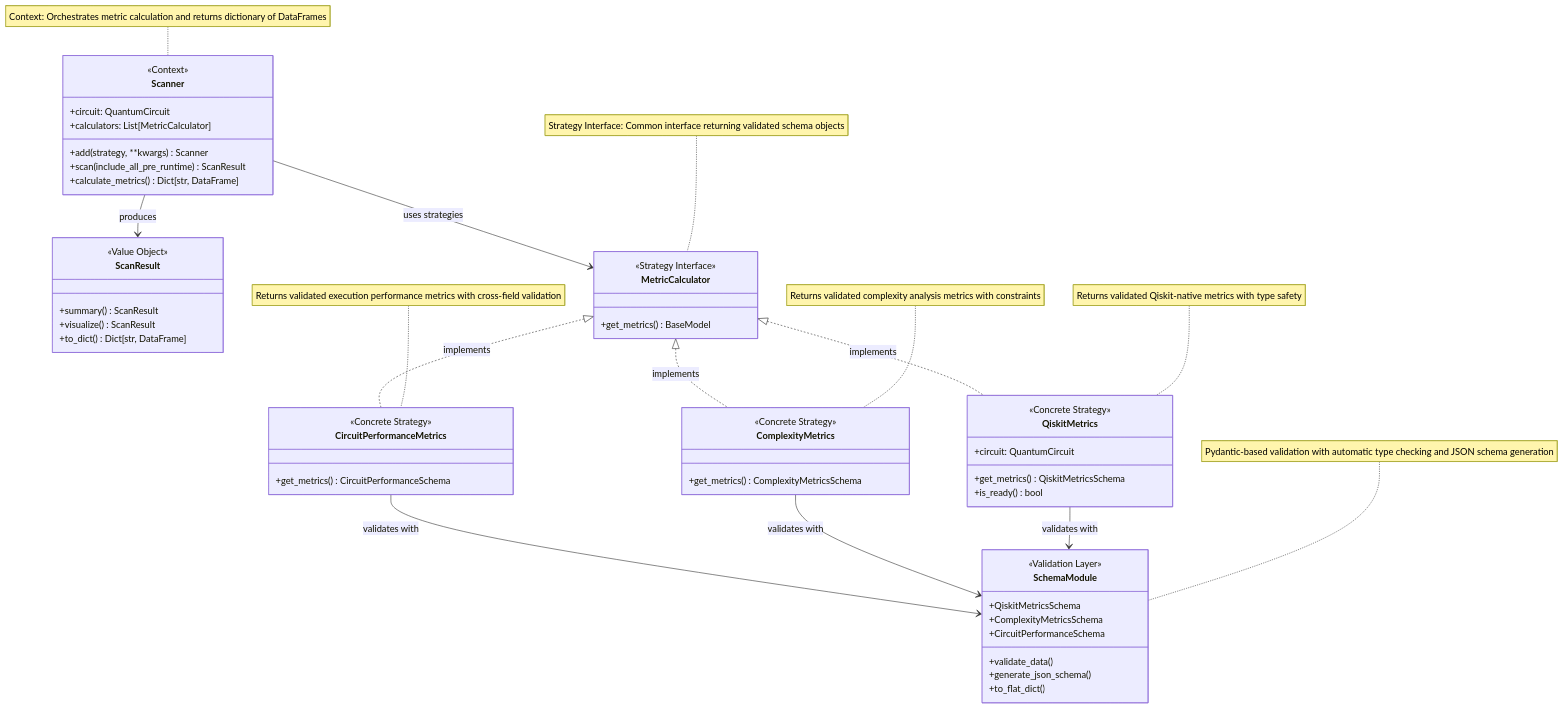
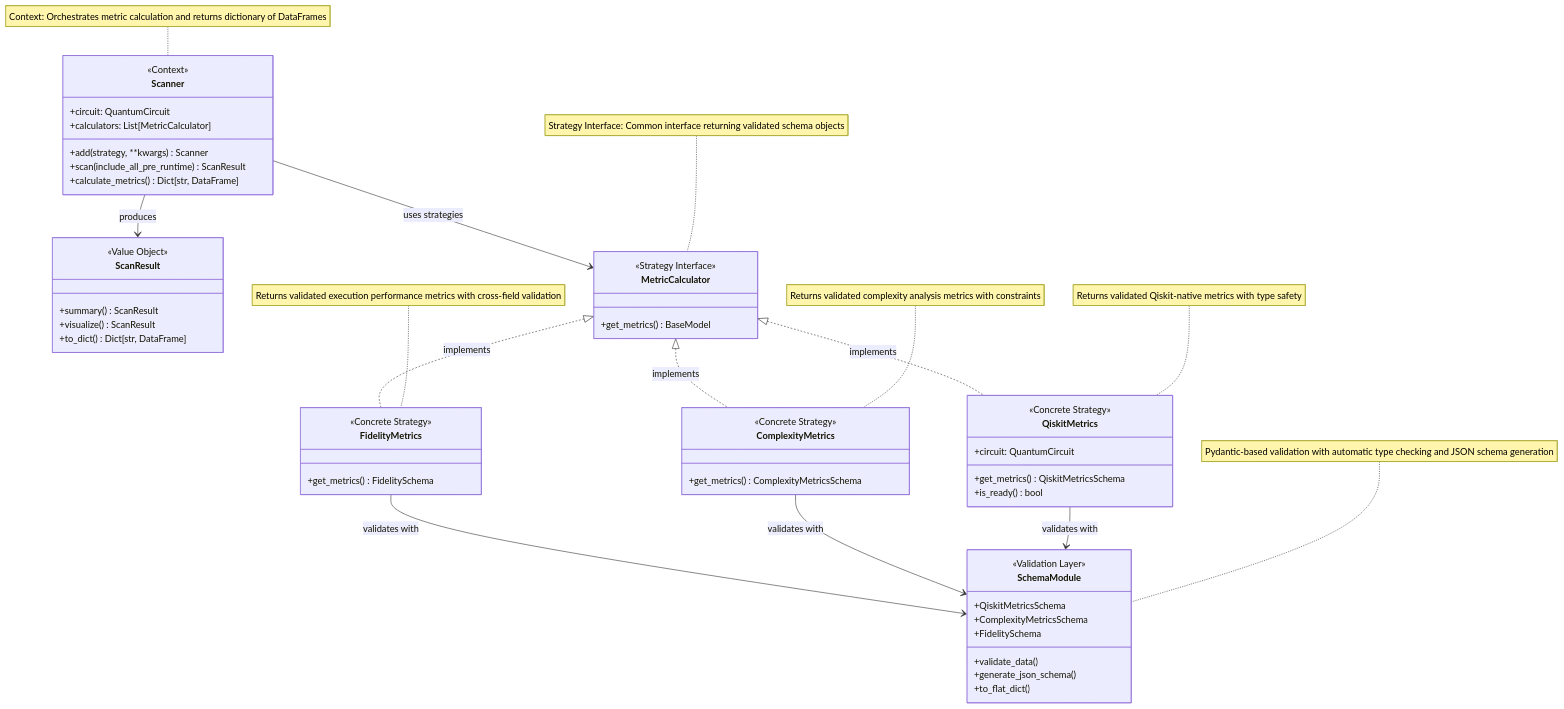
The first of 4 diagrams in docs/architecture.md (xthecapx/qiskit-qward), drawn with Mermaid before and after one commit. The commit also changed other lines of this file and 52 other files, not shown here.

First line of the commit message:
Refactor CircuitPerformanceMetrics to FidelityMetrics across documentation and codebase

````diff
--- a/docs/architecture.md
+++ b/docs/architecture.md
@@ -13,74 +13,74 @@
 ```{mermaid}
 classDiagram
     %% Simplified Strategy Pattern for QWARD with Schema Validation
     
     class Scanner {
         <<Context>>
         +circuit: QuantumCircuit
         +calculators: List[MetricCalculator]
         +add(strategy, **kwargs) Scanner
         +scan(include_all_pre_runtime) ScanResult
         +calculate_metrics() Dict[str, DataFrame]
     }
 
     class ScanResult {
         <<Value Object>>
         +summary() ScanResult
         +visualize() ScanResult
         +to_dict() Dict[str, DataFrame]
     }
 
     class MetricCalculator {
         <<Strategy Interface>>
         +get_metrics() BaseModel
     }
 
     class QiskitMetrics {
         <<Concrete Strategy>>
         +circuit: QuantumCircuit
         +get_metrics() QiskitMetricsSchema
         +is_ready() bool
     }
 
     class ComplexityMetrics {
         <<Concrete Strategy>>
         +get_metrics() ComplexityMetricsSchema
     }
 
-    class CircuitPerformanceMetrics {
+    class FidelityMetrics {
         <<Concrete Strategy>>
-        +get_metrics() CircuitPerformanceSchema
+        +get_metrics() FidelitySchema
     }
 
     class SchemaModule {
         <<Validation Layer>>
         +QiskitMetricsSchema
         +ComplexityMetricsSchema
-        +CircuitPerformanceSchema
+        +FidelitySchema
         +validate_data()
         +generate_json_schema()
         +to_flat_dict()
     }
 
     %% Strategy Pattern Relationships
     Scanner --> MetricCalculator : uses strategies
     Scanner --> ScanResult : produces
     
     %% Strategy Interface Implementation
     MetricCalculator <|.. QiskitMetrics : implements
     MetricCalculator <|.. ComplexityMetrics : implements
-    MetricCalculator <|.. CircuitPerformanceMetrics : implements
+    MetricCalculator <|.. FidelityMetrics : implements
     
     %% Schema Integration
     QiskitMetrics --> SchemaModule : validates with
     ComplexityMetrics --> SchemaModule : validates with
-    CircuitPerformanceMetrics --> SchemaModule : validates with
+    FidelityMetrics --> SchemaModule : validates with
 
     %% Pattern Notes
     note for Scanner "Context: Orchestrates metric calculation and returns dictionary of DataFrames"
     note for MetricCalculator "Strategy Interface: Common interface returning validated schema objects"
     note for QiskitMetrics "Returns validated Qiskit-native metrics with type safety"
     note for ComplexityMetrics "Returns validated complexity analysis metrics with constraints"
-    note for CircuitPerformanceMetrics "Returns validated execution performance metrics with cross-field validation"
+    note for FidelityMetrics "Returns validated execution performance metrics with cross-field validation"
     note for SchemaModule "Pydantic-based validation with automatic type checking and JSON schema generation"
 ```
````
